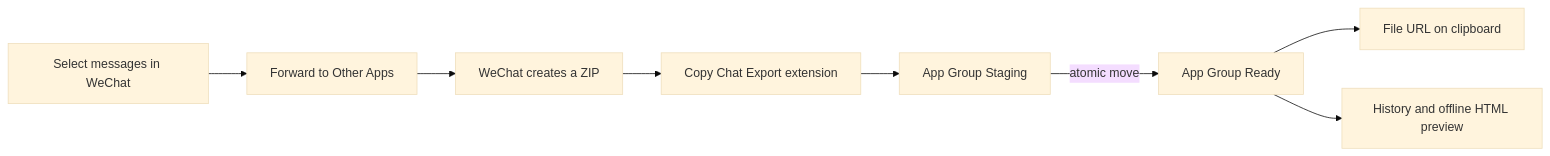
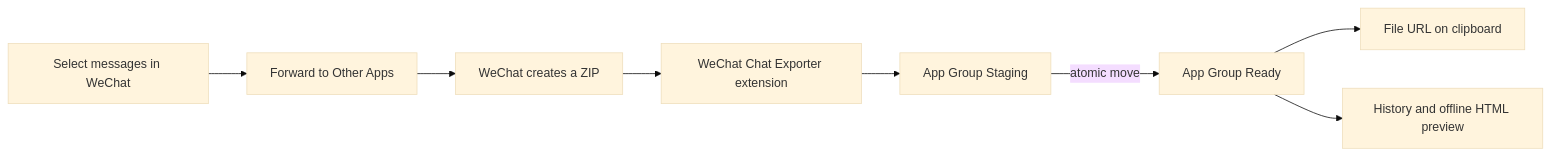
Before and after one commit to czm233/wechat-msg-forwarder: the diagram in README.md, drawn with Mermaid (base theme). The commit also changed other lines of this file and 8 other files, not shown here.

````diff
--- a/README.md
+++ b/README.md
@@ -20,10 +20,10 @@
 ```mermaid
 flowchart LR
     A[Select messages in WeChat] --> B[Forward to Other Apps]
     B --> C[WeChat creates a ZIP]
-    C --> D[Copy Chat Export extension]
+    C --> D[WeChat Chat Exporter extension]
     D --> E[App Group Staging]
     E -->|atomic move| F[App Group Ready]
     F --> G[File URL on clipboard]
     F --> H[History and offline HTML preview]
 ```
````
